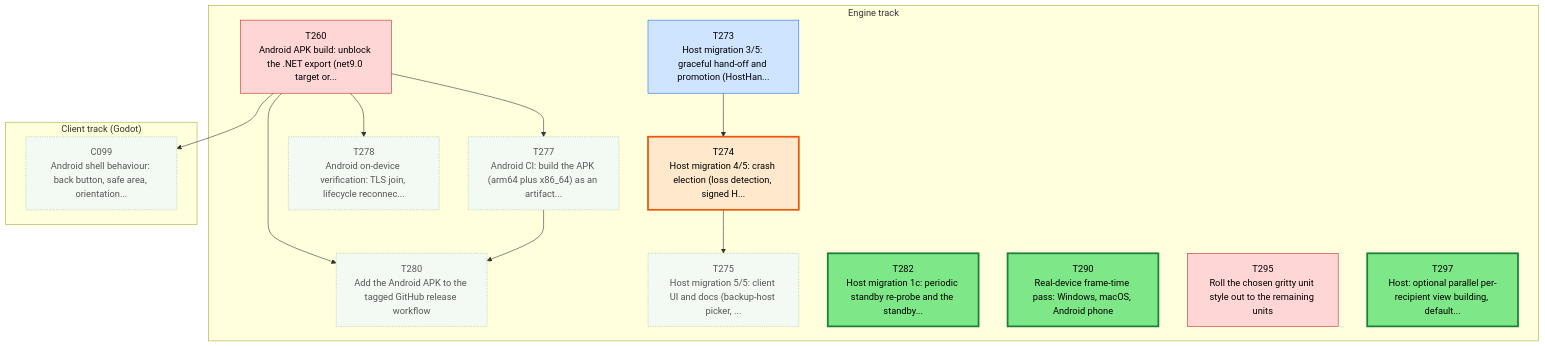
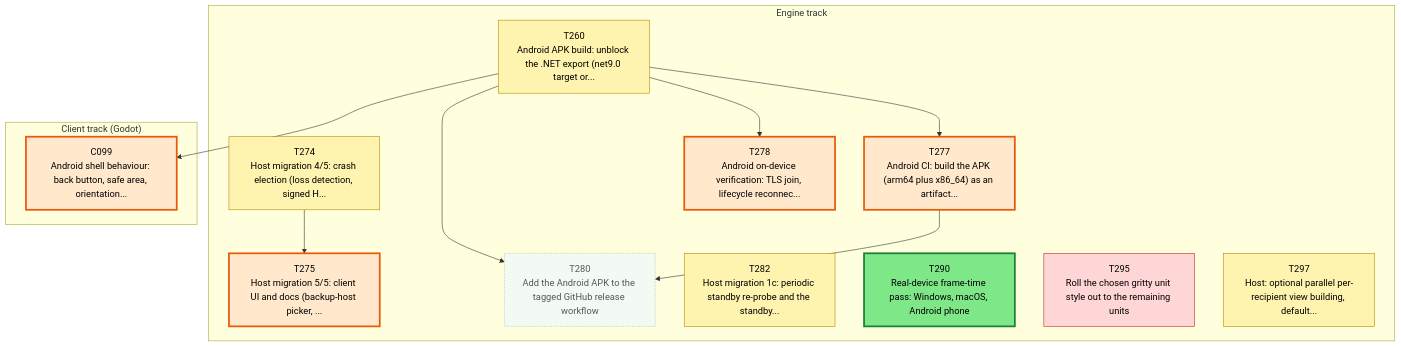
Before and after one commit to Kenmura/Unciv: the first of 3 diagrams in csharp/migration/DEPENDENCY_MAP.md, drawn with Mermaid. The commit also changed other lines of this file and 1 other file, not shown here.

Commit message:
migration: claim T297 [Claude] 2026-10-30T02:07Z

````diff
--- a/csharp/migration/DEPENDENCY_MAP.md
+++ b/csharp/migration/DEPENDENCY_MAP.md
@@ -35,45 +35,42 @@
 ```mermaid
 flowchart TD
   subgraph TTRACK["Engine track"]
     T260["T260<br/>Android APK build: unblock the .NET export (net9.0 target or..."]
-    T273["T273<br/>Host migration 3/5: graceful hand-off and promotion (HostHan..."]
     T274["T274<br/>Host migration 4/5: crash election (loss detection, signed H..."]
     T275["T275<br/>Host migration 5/5: client UI and docs (backup-host picker, ..."]
     T277["T277<br/>Android CI: build the APK (arm64 plus x86_64) as an artifact..."]
     T278["T278<br/>Android on-device verification: TLS join, lifecycle reconnec..."]
     T280["T280<br/>Add the Android APK to the tagged GitHub release workflow"]
     T282["T282<br/>Host migration 1c: periodic standby re-probe and the standby..."]
     T290["T290<br/>Real-device frame-time pass: Windows, macOS, Android phone"]
     T295["T295<br/>Roll the chosen gritty unit style out to the remaining units"]
     T297["T297<br/>Host: optional parallel per-recipient view building, default..."]
   end
   subgraph CTRACK["Client track (Godot)"]
     C099["C099<br/>Android shell behaviour: back button, safe area, orientation..."]
   end
-  T273 --> T274
   T274 --> T275
   T260 --> T277
   T260 --> T278
   T260 --> T280
   T277 --> T280
   T260 --> C099
   classDef waiting fill:#f3faf3,stroke:#9bc49b,color:#555,stroke-dasharray:2 2
   classDef ondeck fill:#ffe8cc,stroke:#e8590c,stroke-width:3px,color:#000
   classDef ready fill:#7ee787,stroke:#1a7f37,stroke-width:3px,color:#000
   classDef prog fill:#fff3b0,stroke:#b58900,color:#000
   classDef review fill:#cfe4ff,stroke:#1f6feb,color:#000
   classDef blocked fill:#ffd6d6,stroke:#c62828,color:#000
   classDef done fill:#eeeeee,stroke:#999999,color:#666,stroke-dasharray:4 3
-  class C099 waiting
-  class T260 blocked
-  class T273 review
-  class T274 ondeck
-  class T275 waiting
-  class T277 waiting
-  class T278 waiting
+  class C099 ondeck
+  class T260 prog
+  class T274 prog
+  class T275 ondeck
+  class T277 ondeck
+  class T278 ondeck
   class T280 waiting
-  class T282 ready
+  class T282 prog
   class T290 ready
   class T295 blocked
-  class T297 ready
+  class T297 prog
 ```
````
